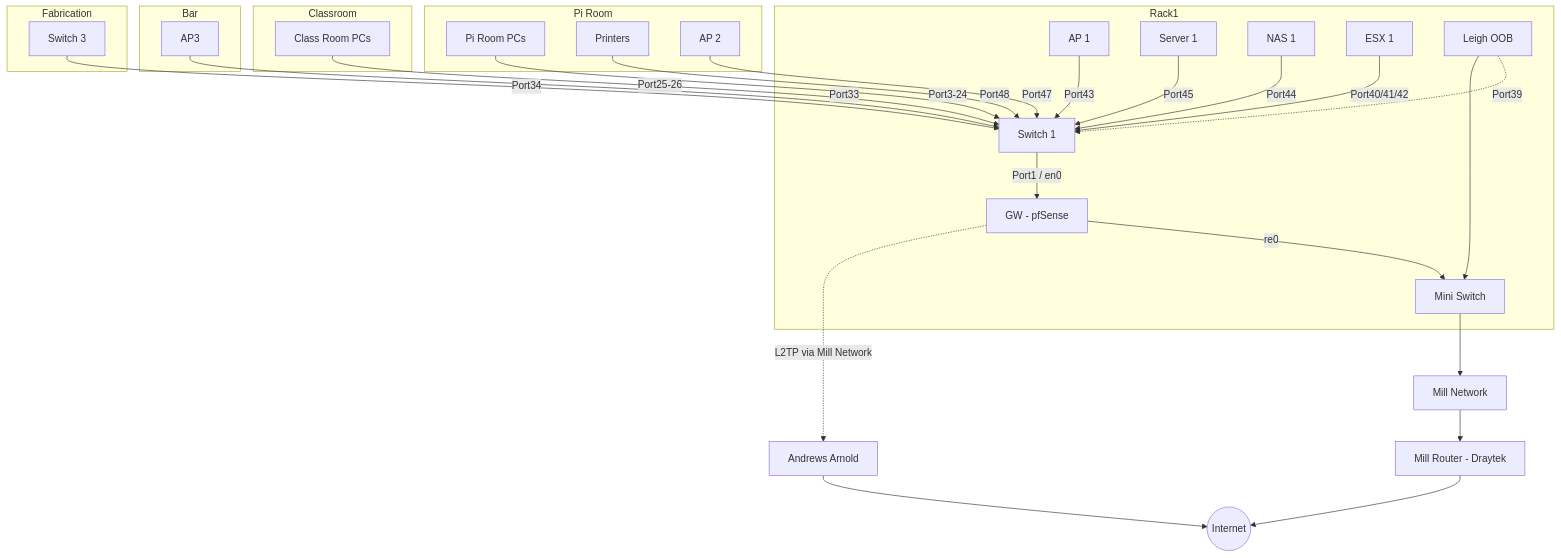
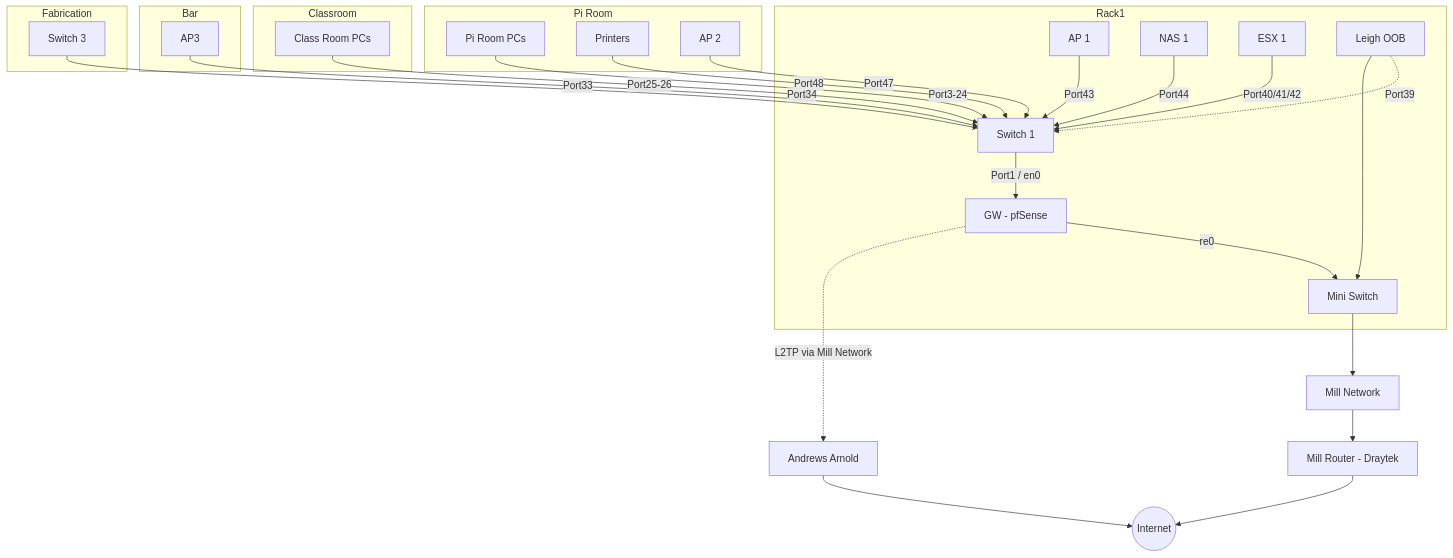
The first of 2 diagrams in docs/infrastructure/network_layout.md (leigh-hackspace/HackspaceWiki), drawn with Mermaid before and after one commit. The commit also changed other lines of this file and 1 other file, not shown here.

Commit message:
Decom server1

````diff
--- a/docs/infrastructure/network_layout.md
+++ b/docs/infrastructure/network_layout.md
@@ -7,38 +7,37 @@
 ```mermaid
 graph 
     subgraph Rack1
     GW[GW - pfSense] 
     AP[AP 1] -->|Port43| SWITCH1
     SWITCH1[Switch 1] -->|Port1 / en0| GW
-    SERVER1[Server 1] -->|Port45| SWITCH1
     NAS1[NAS 1] --> |Port44| SWITCH1
     ESX1[ESX 1] --> |Port40/41/42| SWITCH1
     LEIGHOOB[Leigh OOB] -.-> |Port39| SWITCH1
     MINISWITCH[Mini Switch]
     end
 
     LEIGHOOB --> MINISWITCH
     GW -->|re0| MINISWITCH
     MINISWITCH --> MILL
     GW -. L2TP via Mill Network .-> AAISP
     MILL[Mill Network] --> MILLROUTER[Mill Router - Draytek] --> INTERNET((Internet))
     AAISP[Andrews Arnold] --> INTERNET
     
     subgraph Pi Room
     PIROOMPC[Pi Room PCs] -->|Port3-24| SWITCH1
     PRINTERS[Printers] -->|Port48| SWITCH1
     PIROOMAP[AP 2] --> |Port47| SWITCH1
     end
 
     subgraph Classroom
     CLASSROOMPC[Class Room PCs] -->|Port25-26| SWITCH1
     end
     
     subgraph Bar
     AP3[AP3] -->|Port33| SWITCH1
     end
     
     subgraph Fabrication
     SWITCH3[Switch 3] -->|Port34| SWITCH1
     end
 ```
````
